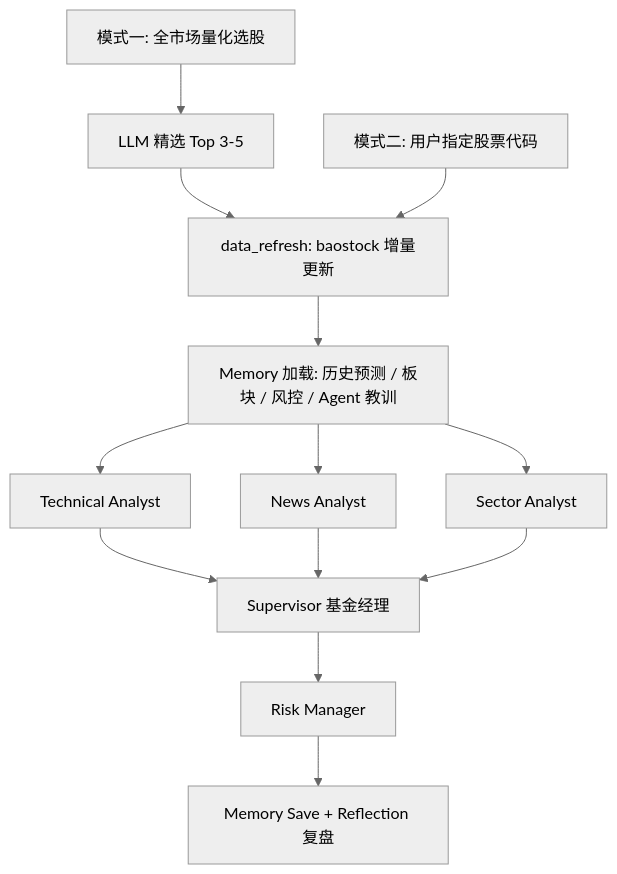
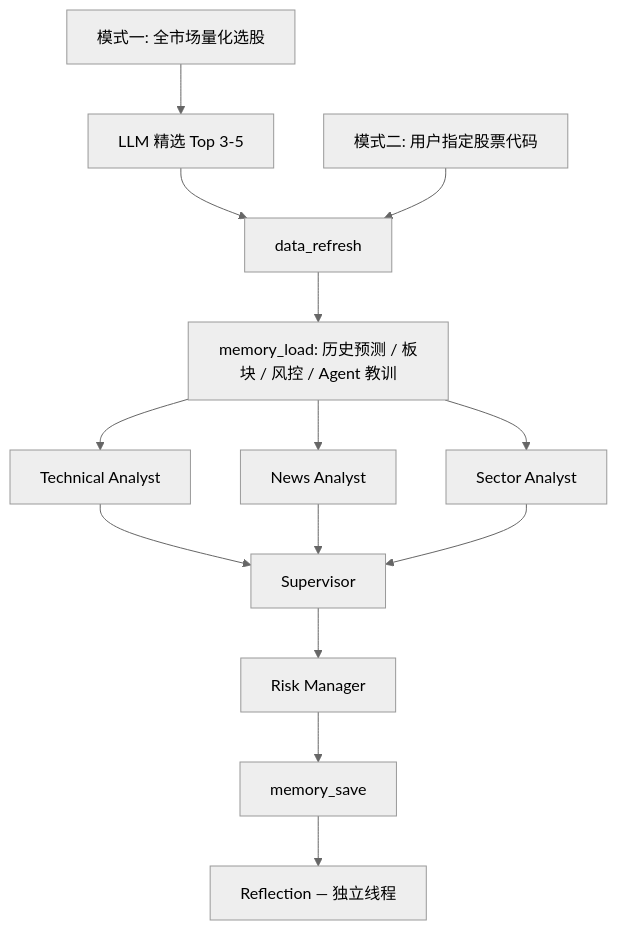
One commit to Box0528/stock-multi-agent-system changed the diagram in README.md. Above: the diagram before and after it, drawn with Mermaid (neutral theme). The commit also changed other lines of this file, not shown here.

````diff
--- a/README.md
+++ b/README.md
@@ -9,20 +29,21 @@
 ```mermaid
 flowchart TD
     A1[模式一: 全市场量化选股] --> A2[LLM 精选 Top 3-5]
     B1[模式二: 用户指定股票代码]
 
-    A2 --> C[data_refresh: baostock 增量更新]
+    A2 --> C[data_refresh]
     B1 --> C
-    C --> D[Memory 加载: 历史预测 / 板块 / 风控 / Agent 教训]
+    C --> D[memory_load: 历史预测 / 板块 / 风控 / Agent 教训]
 
     D --> F1[Technical Analyst]
     D --> F2[News Analyst]
     D --> F3[Sector Analyst]
 
-    F1 --> G[Supervisor 基金经理]
+    F1 --> G[Supervisor]
     F2 --> G
     F3 --> G
 
     G --> H[Risk Manager]
-    H --> I[Memory Save + Reflection 复盘]
+    H --> I[memory_save]
+    I --> J[Reflection — 独立线程]
 ```
````
